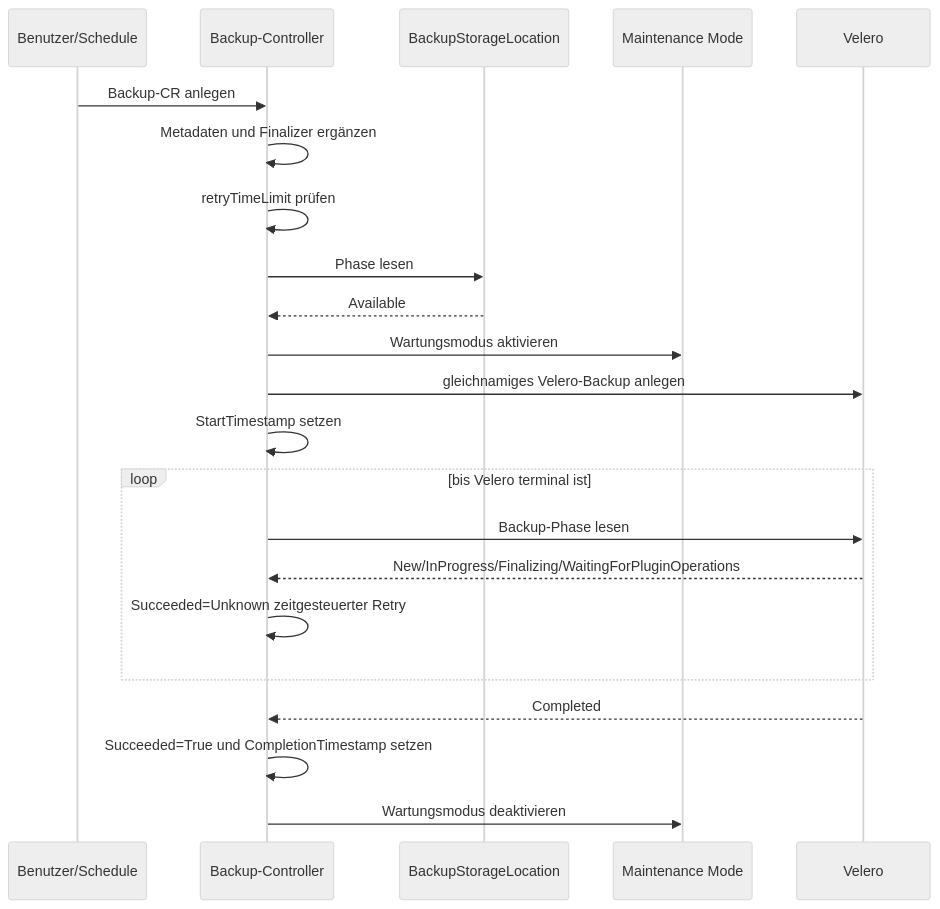
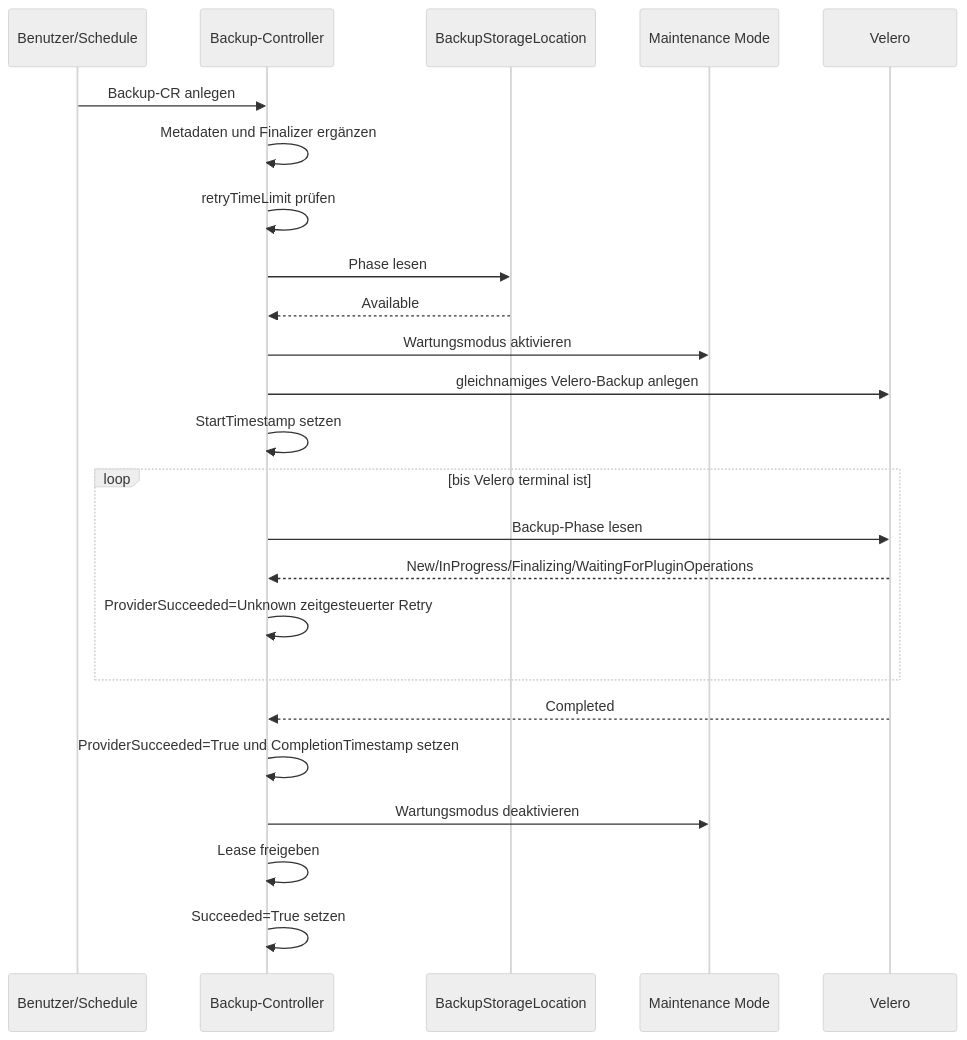
One commit to cloudogu/k8s-backup-operator changed the first of 4 diagrams in docs/development/backup/backup_process_de.md. Above: the diagram before and after it, drawn with Mermaid (neutral theme). The commit also changed other lines of this file and 3 other files, not shown here.

````diff
--- a/docs/development/backup/backup_process_de.md
+++ b/docs/development/backup/backup_process_de.md
@@ -48,25 +70,27 @@
 ```mermaid
 sequenceDiagram
     participant U as Benutzer/Schedule
     participant B as Backup-Controller
     participant S as BackupStorageLocation
     participant M as Maintenance Mode
     participant V as Velero
 
     U->>B: Backup-CR anlegen
     B->>B: Metadaten und Finalizer ergänzen
     B->>B: retryTimeLimit prüfen
     B->>S: Phase lesen
     S-->>B: Available
     B->>M: Wartungsmodus aktivieren
     B->>V: gleichnamiges Velero-Backup anlegen
     B->>B: StartTimestamp setzen
     loop bis Velero terminal ist
         B->>V: Backup-Phase lesen
         V-->>B: New/InProgress/Finalizing/WaitingForPluginOperations
-        B->>B: Succeeded=Unknown zeitgesteuerter Retry
+        B->>B: ProviderSucceeded=Unknown zeitgesteuerter Retry
     end
     V-->>B: Completed
-    B->>B: Succeeded=True und CompletionTimestamp setzen
+    B->>B: ProviderSucceeded=True und CompletionTimestamp setzen
     B->>M: Wartungsmodus deaktivieren
+    B->>B: Lease freigeben
+    B->>B: Succeeded=True setzen
 ```
````
